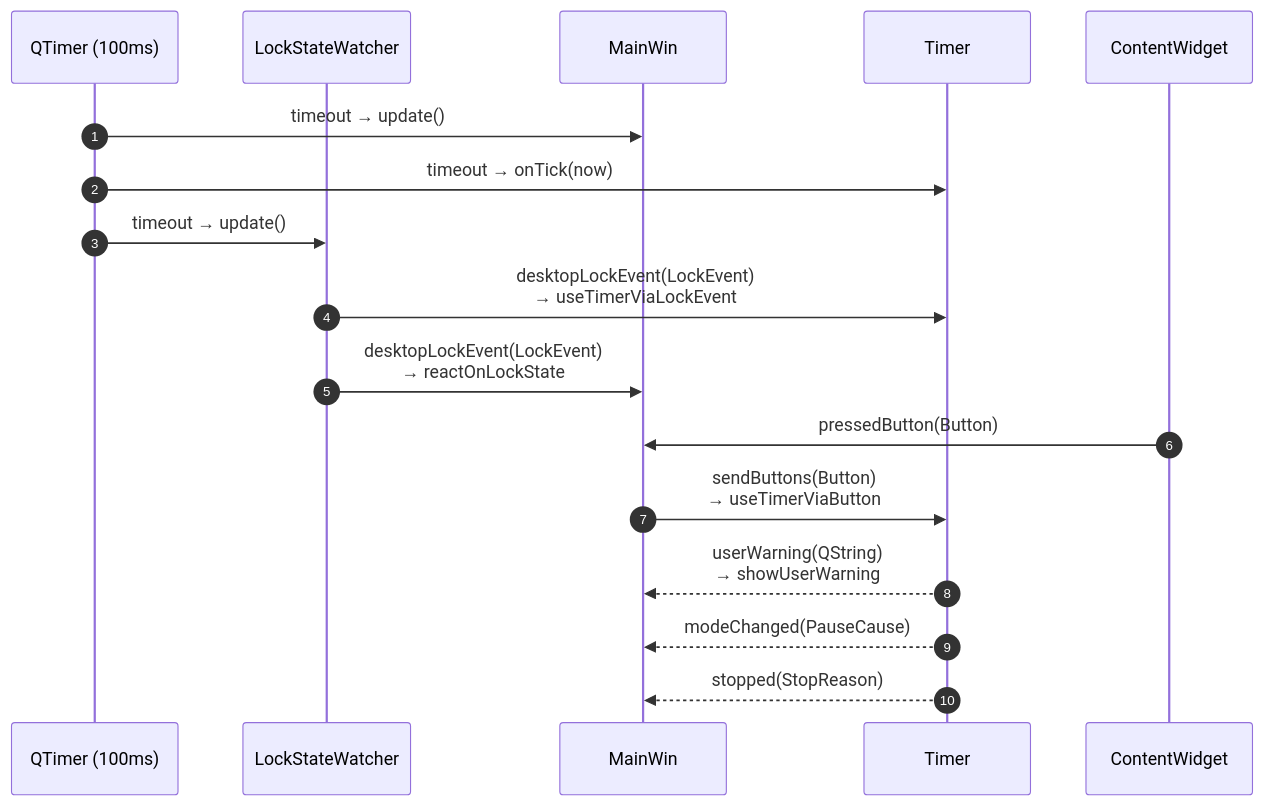
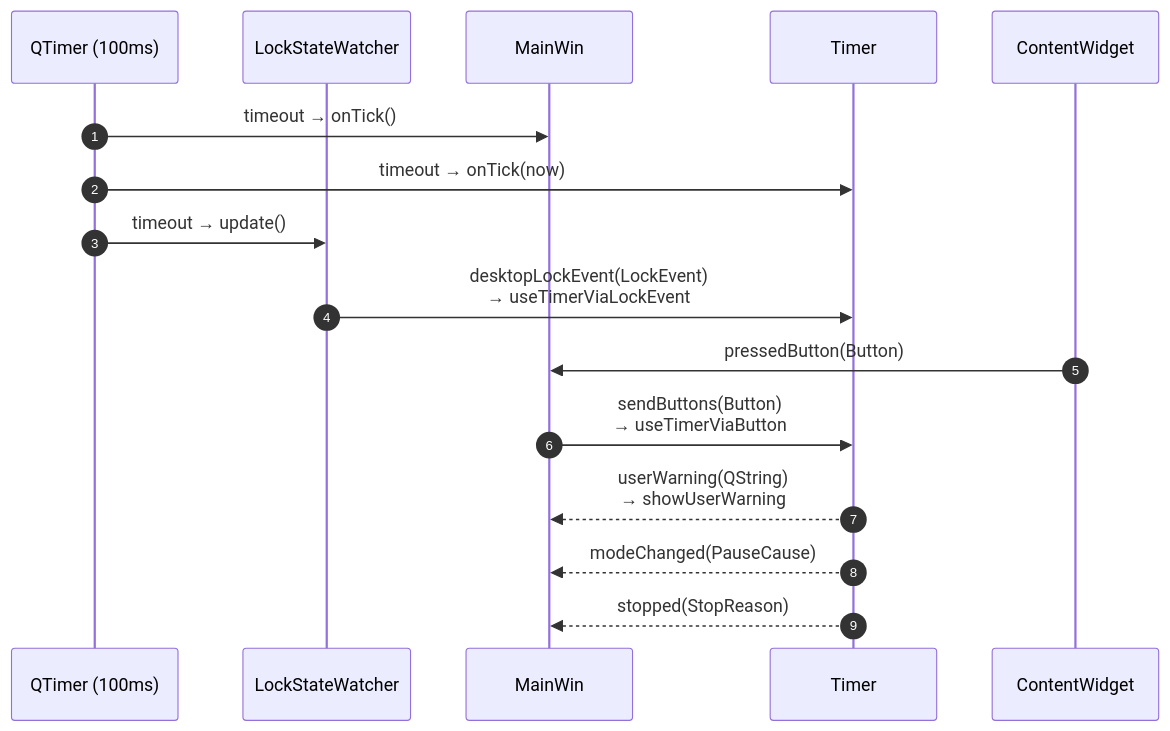
One commit to marifoo/uTimer changed the second of 2 diagrams in doc/architecture.md. Above: the diagram before and after it, drawn with Mermaid. The commit also changed 1 other file, not shown here.

Commit message:
Mark all simple-code.md items complete; fix architecture.md stale references
- All T1–T4 checkboxes set to [x]
- doc/architecture.md: rename update()→onTick() in sequence diagram, remove reactOnLockState arrow (slot was deleted in T2.2)

````diff
--- a/doc/architecture.md
+++ b/doc/architecture.md
@@ -147,20 +147,19 @@
 ```mermaid
 sequenceDiagram
     autonumber
     participant QT as QTimer (100ms)
     participant LW as LockStateWatcher
     participant MW as MainWin
     participant TT as Timer
     participant CW as ContentWidget
 
-    QT->>MW: timeout → update()
+    QT->>MW: timeout → onTick()
     QT->>TT: timeout → onTick(now)
     QT->>LW: timeout → update()
     LW->>TT: desktopLockEvent(LockEvent)<br/>→ useTimerViaLockEvent
-    LW->>MW: desktopLockEvent(LockEvent)<br/>→ reactOnLockState
     CW->>MW: pressedButton(Button)
     MW->>TT: sendButtons(Button)<br/>→ useTimerViaButton
     TT-->>MW: userWarning(QString)<br/>→ showUserWarning
     TT-->>MW: modeChanged(PauseCause)
     TT-->>MW: stopped(StopReason)
 ```
````
